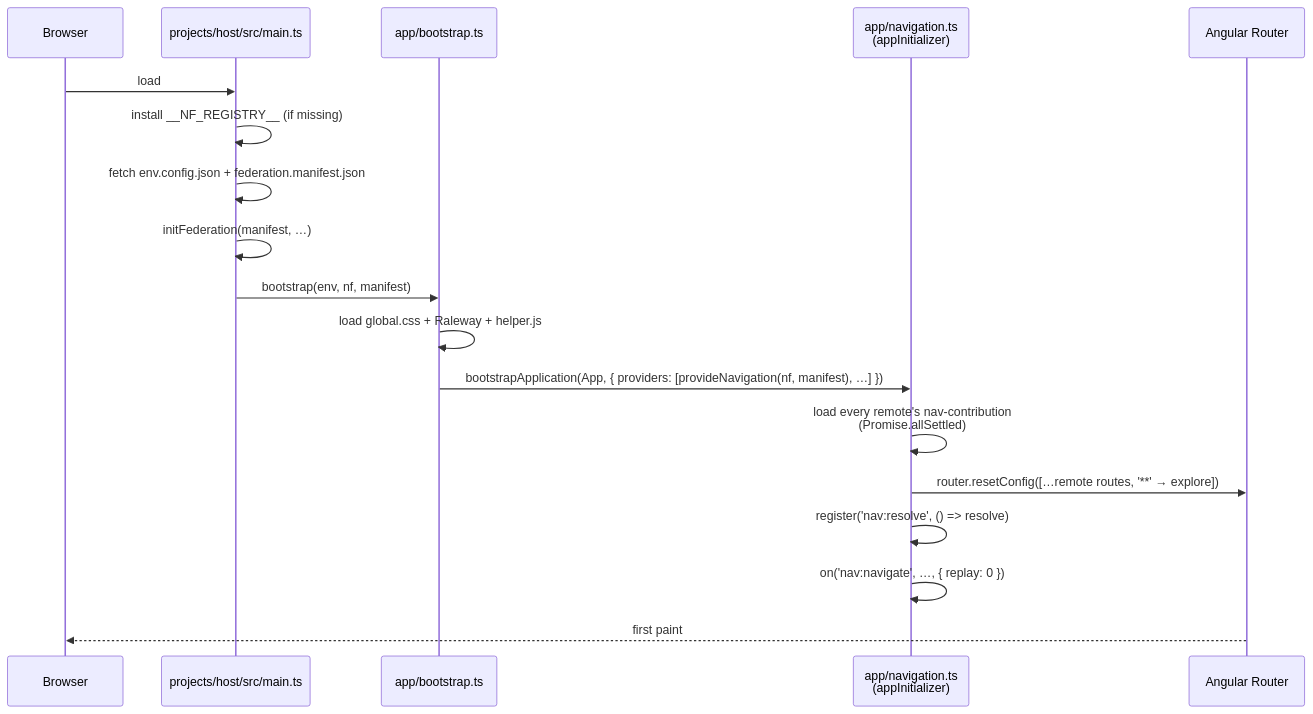
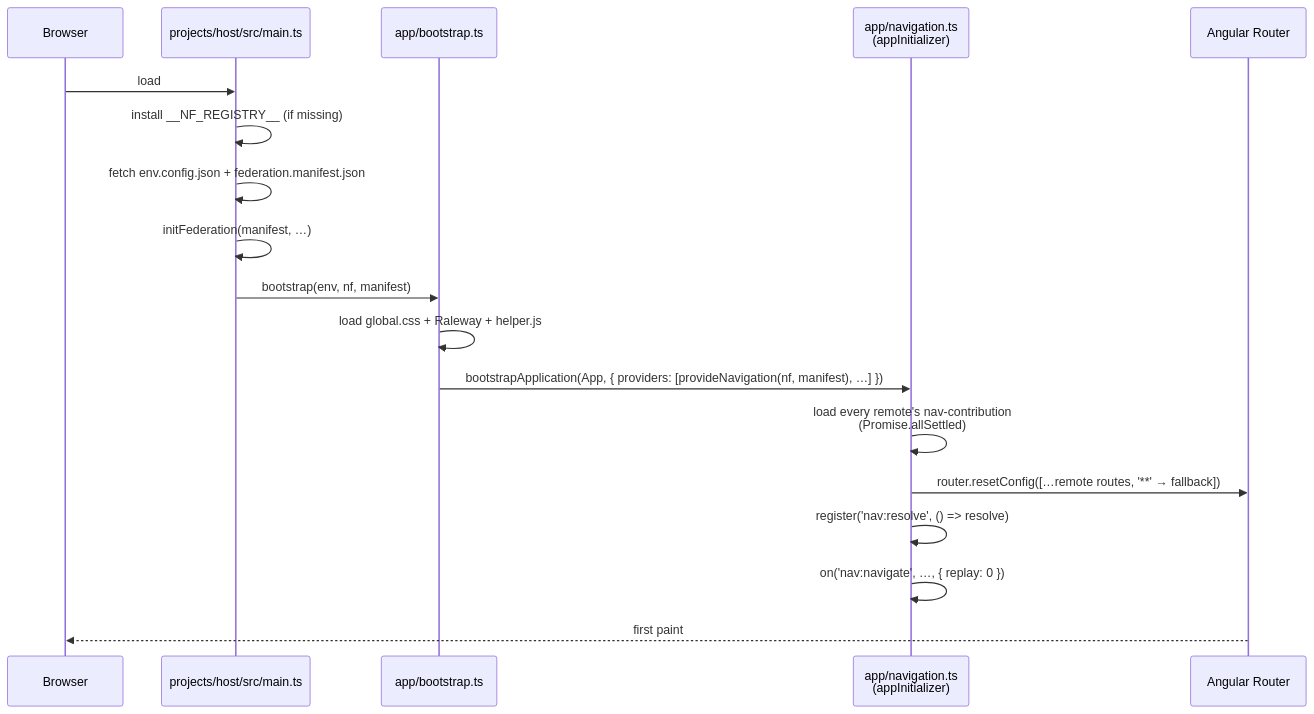
Before and after one commit to native-federation/playground: the fourth of 4 diagrams in angular/tractor-store/docs/architecture.md, drawn with Mermaid. The commit also changed 6 other files, not shown here.

````diff
--- a/angular/tractor-store/docs/architecture.md
+++ b/angular/tractor-store/docs/architecture.md
@@ -380,21 +380,21 @@
 ```mermaid
 sequenceDiagram
     participant Browser
     participant Main as projects/host/src/main.ts
     participant Boot as app/bootstrap.ts
     participant Nav as app/navigation.ts<br/>(appInitializer)
     participant Router as Angular Router
 
     Browser->>Main: load
     Main->>Main: install __NF_REGISTRY__ (if missing)
     Main->>Main: fetch env.config.json + federation.manifest.json
     Main->>Main: initFederation(manifest, …)
     Main->>Boot: bootstrap(env, nf, manifest)
     Boot->>Boot: load global.css + Raleway + helper.js
     Boot->>Nav: bootstrapApplication(App, { providers: [provideNavigation(nf, manifest), …] })
     Nav->>Nav: load every remote's nav-contribution<br/>(Promise.allSettled)
-    Nav->>Router: router.resetConfig([…remote routes, '**' → explore])
+    Nav->>Router: router.resetConfig([…remote routes, '**' → fallback])
     Nav->>Nav: register('nav:resolve', () => resolve)
     Nav->>Nav: on('nav:navigate', …, { replay: 0 })
     Router-->>Browser: first paint
 ```
````
